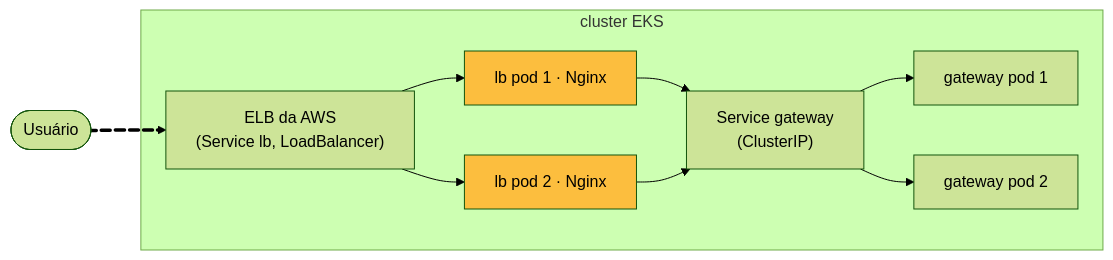
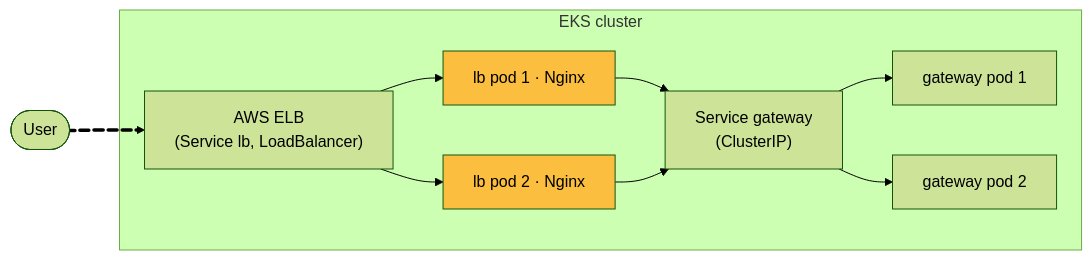
One commit to pna26/platform changed the second of 2 diagrams in docs/bottlenecks/load-balancing.md. Above: the diagram before and after it, drawn with Mermaid (forest theme). The commit also changed other lines of this file and 55 other files, not shown here.

````diff
--- a/docs/bottlenecks/load-balancing.md
+++ b/docs/bottlenecks/load-balancing.md
@@ -34,13 +34,13 @@
     ``` mermaid
     flowchart LR
-        user([Usuário]) e0@==> elb["ELB da AWS<br/>(Service lb, LoadBalancer)"]
-        subgraph eks [cluster EKS]
+        user([User]) e0@==> elb["AWS ELB<br/>(Service lb, LoadBalancer)"]
+        subgraph eks [EKS cluster]
             elb --> n1["lb pod 1 · Nginx"]:::orange
             elb --> n2["lb pod 2 · Nginx"]:::orange
             n1 & n2 --> svc["Service gateway<br/>(ClusterIP)"]
             svc --> g1[gateway pod 1]
             svc --> g2[gateway pod 2]
         end
         e0@{ animate: true }
         classDef orange fill:#FCBE3E
     ```
````
